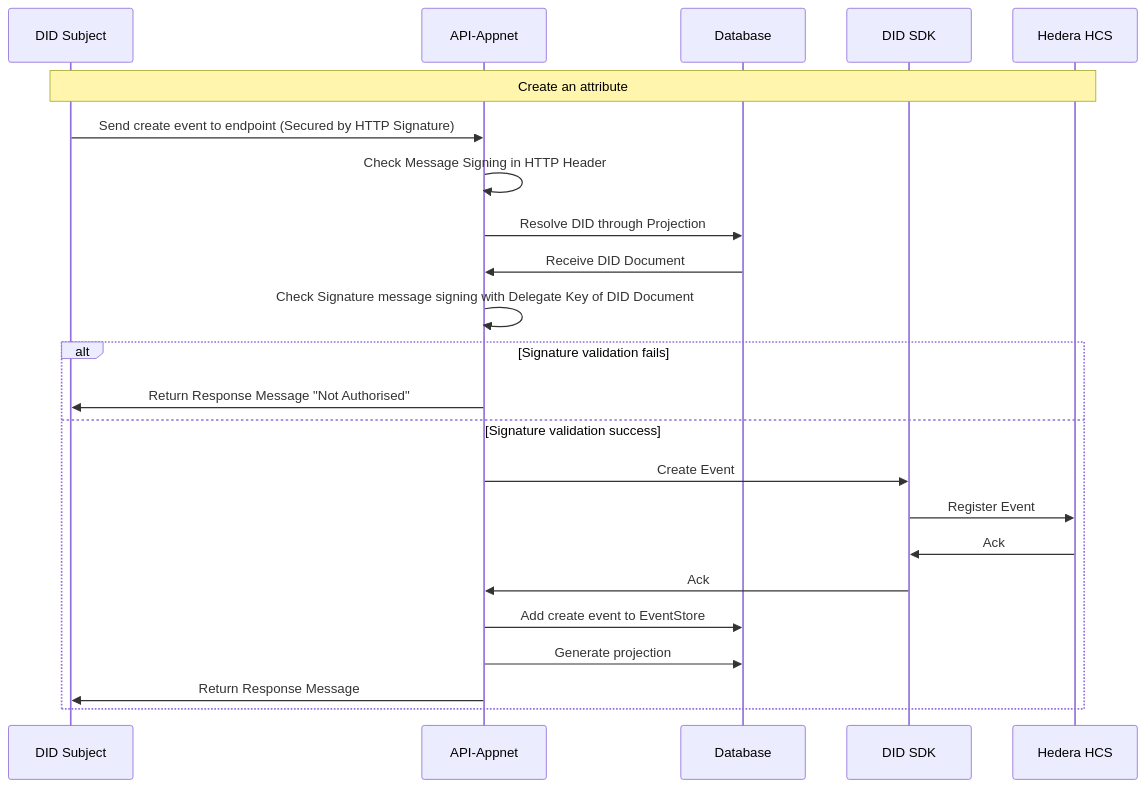
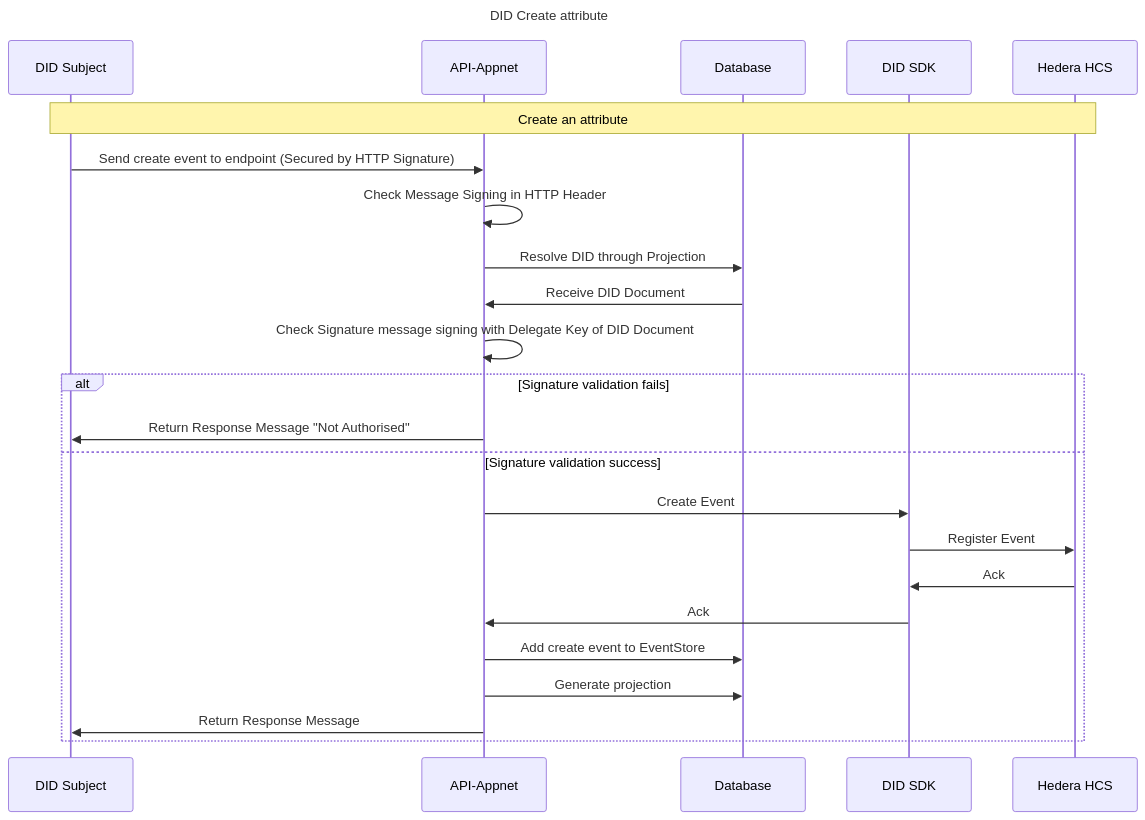
One commit to Meeco/hedera-did-identity-network changed the diagram in documentation/diagrams/did-create-attribute.mmd. Above: the diagram before and after it, drawn with Mermaid. The commit also changed 8 other files, not shown here.

Commit message:
style: Add titles to the diagrams.

```diff
--- a/documentation/diagrams/did-create-attribute.mmd
+++ b/documentation/diagrams/did-create-attribute.mmd
@@ -1,25 +1,26 @@
 sequenceDiagram
+Title: DID Create attribute
 
 participant Subject as DID Subject
 participant API as API-Appnet
 participant Database as Database
 participant DIDSDK as DID SDK
 participant HCS as Hedera HCS
 
 note over Subject,HCS: Create an attribute
 Subject ->> API: Send create event to endpoint (Secured by HTTP Signature)
 API ->> API: Check Message Signing in HTTP Header
 API ->> Database: Resolve DID through Projection
 Database ->> API: Receive DID Document
 API ->> API: Check Signature message signing with Delegate Key of DID Document
 alt Signature validation fails
 API ->> Subject: Return Response Message "Not Authorised"
 else Signature validation success
 API ->> DIDSDK: Create Event
 DIDSDK ->> HCS: Register Event
 HCS ->> DIDSDK: Ack
 DIDSDK ->> API: Ack
 API ->> Database: Add create event to EventStore
 API ->> Database: Generate projection
 API ->> Subject: Return Response Message
 end
```
